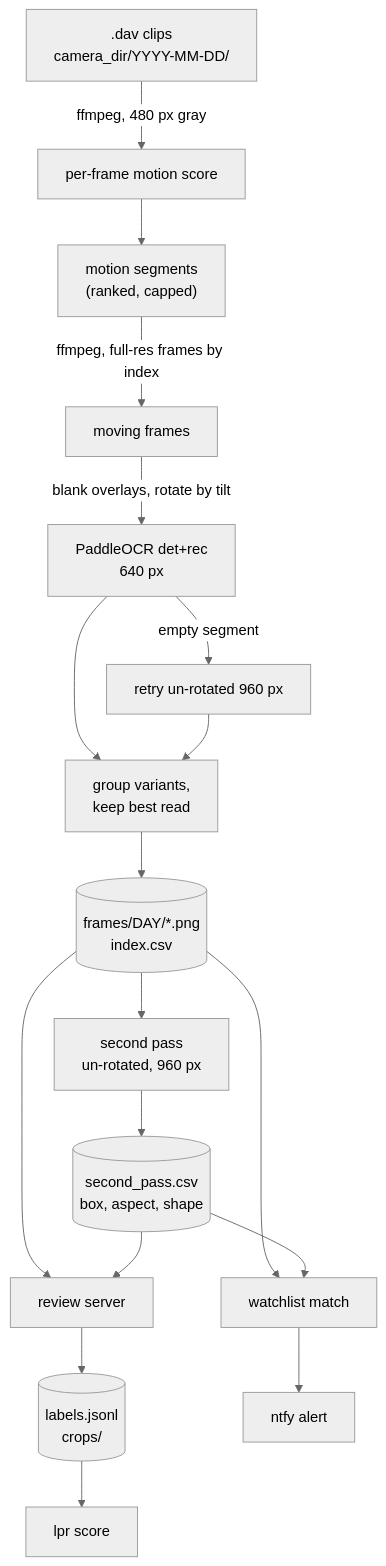
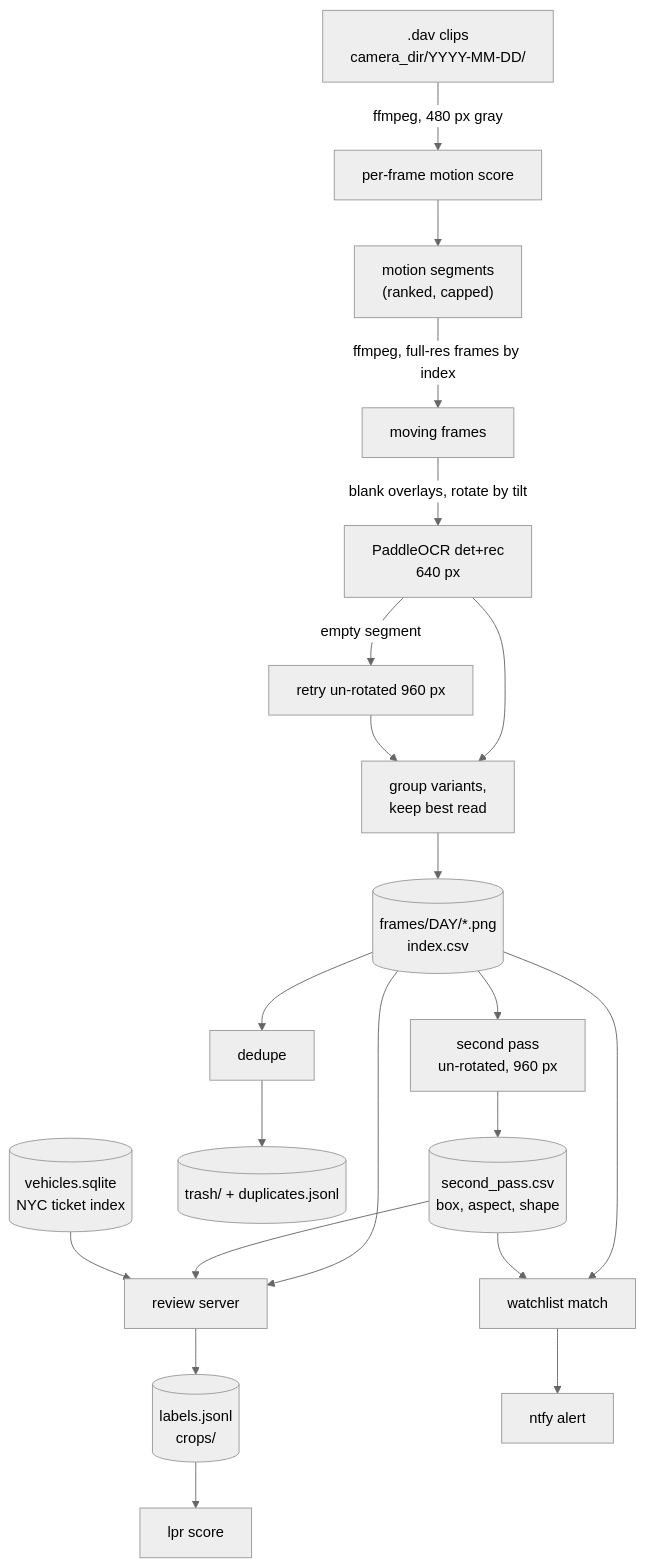
Before and after one commit to jpfreeley/lpr-dav-ocr: the diagram in docs/architecture.md, drawn with Mermaid (neutral theme). The commit also changed other lines of this file and 9 other files, not shown here.

Commit message:
Docs: ADRs 0014 to 0018, README features and commands, architecture and usage updates

````diff
--- a/docs/architecture.md
+++ b/docs/architecture.md
@@ -25,20 +30,22 @@
 ```mermaid
 flowchart TD
   clips[".dav clips<br/>camera_dir/YYYY-MM-DD/"] -->|"ffmpeg, 480 px gray"| motion["per-frame motion score"]
   motion --> seg["motion segments<br/>(ranked, capped)"]
   seg -->|"ffmpeg, full-res frames by index"| frames["moving frames"]
   frames -->|"blank overlays, rotate by tilt"| ocr1["PaddleOCR det+rec<br/>640 px"]
   ocr1 -->|"empty segment"| ocr1b["retry un-rotated 960 px"]
   ocr1 --> group["group variants,<br/>keep best read"]
   ocr1b --> group
   group --> out1[("frames/DAY/*.png<br/>index.csv")]
   out1 --> sp["second pass<br/>un-rotated, 960 px"]
   sp --> out2[("second_pass.csv<br/>box, aspect, shape")]
   out1 --> srv["review server"]
   out2 --> srv
   srv --> lab[("labels.jsonl<br/>crops/")]
+  out1 --> dd["dedupe"] --> trash[("trash/ + duplicates.jsonl")]
+  veh[("vehicles.sqlite<br/>NYC ticket index")] --> srv
   lab --> score["lpr score"]
   out1 --> match["watchlist match"]
   out2 --> match
   match --> ntfy["ntfy alert"]
 ```
````
